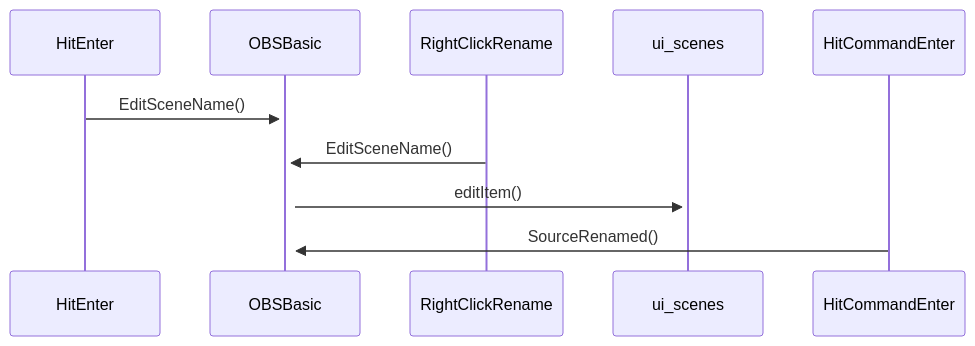
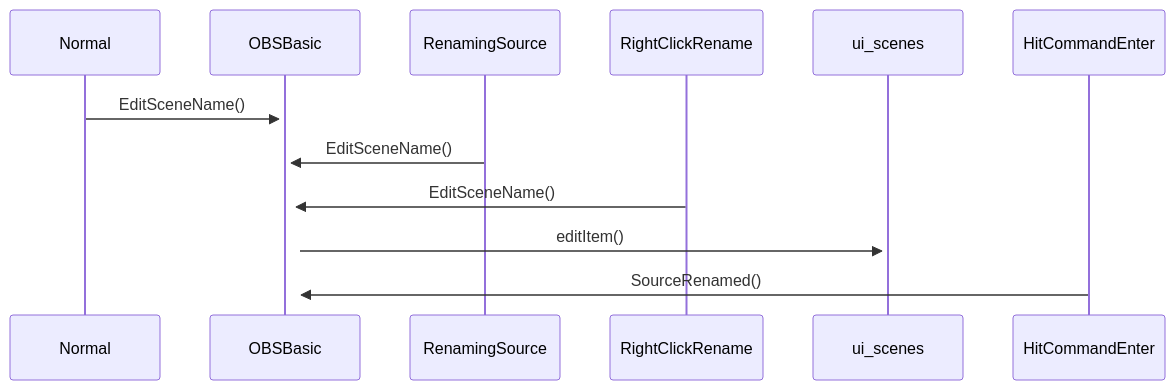
The second of 3 diagrams in docs/obs-studio-3044/README.md (livedebug/livedebug), drawn with Mermaid before and after one commit. The commit also changed other lines of this file and 1 other file, not shown here.

````diff
--- a/docs/obs-studio-3044/README.md
+++ b/docs/obs-studio-3044/README.md
@@ -46,11 +46,13 @@
 ```mermaid
 sequenceDiagram
 
 
-    HitEnter ->>+ OBSBasic : EditSceneName()
+    Normal ->>+ OBSBasic : EditSceneName()
+    RenamingSource ->>+ OBSBasic : EditSceneName()
+
     RightClickRename ->>+ OBSBasic : EditSceneName()
     OBSBasic ->>+ ui_scenes : editItem()
 
 
     HitCommandEnter ->>+ OBSBasic : SourceRenamed()
 ```
````
